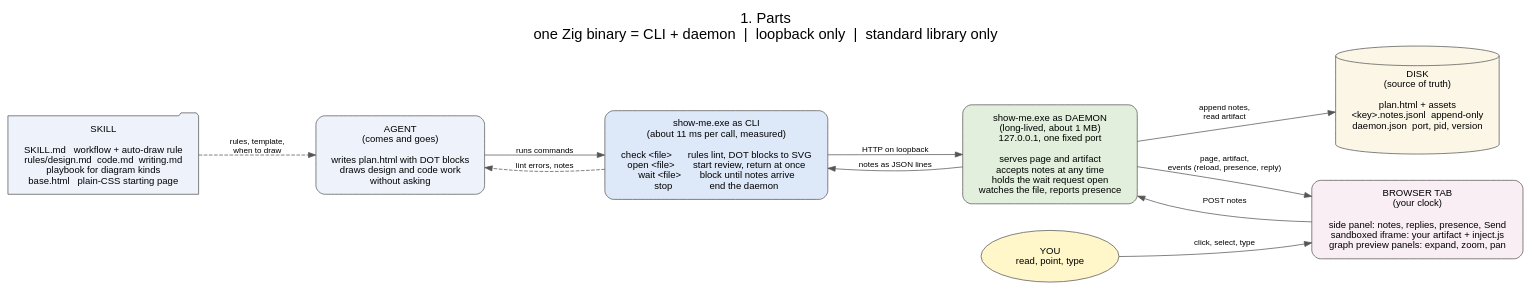
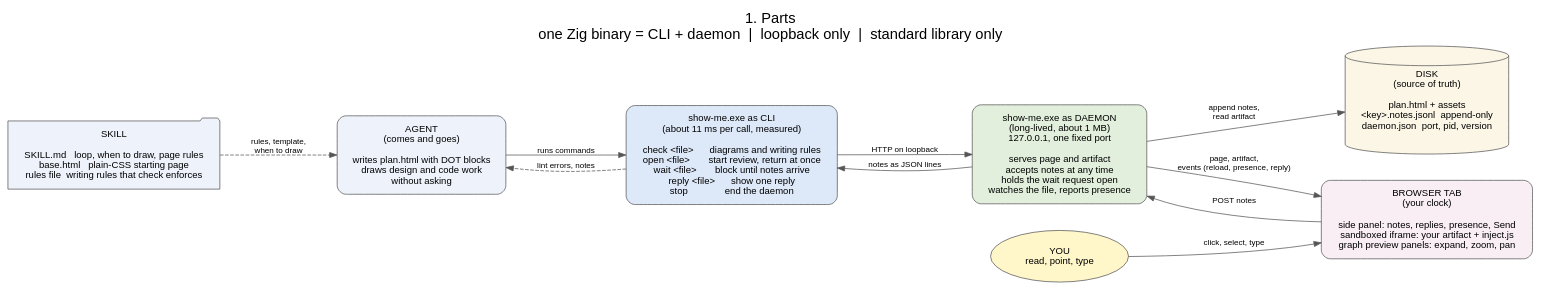
Before and after one commit to SmitMachhi/show-me: the diagram in design/1-parts.dot, drawn with Graphviz. The commit also changed 2 other files, not shown here.

Commit message:
update design diagrams

```diff
--- a/design/1-parts.dot
+++ b/design/1-parts.dot
@@ -1,26 +1,26 @@
 // show-me: the parts and what crosses between them
 digraph parts {
   rankdir=LR; nodesep=0.5; ranksep=1.2;
   fontname="Arial"; fontsize=20; labelloc=t;
   label="1. Parts\none Zig binary = CLI + daemon  |  loopback only  |  standard library only";
   node [shape=box, style="rounded,filled", fontname="Arial", fontsize=13, margin="0.25,0.15", color="#555555"];
   edge [fontname="Arial", fontsize=11, color="#555555"];
 
-  skill  [fillcolor="#eef3fb", shape=folder, label="SKILL\n\nSKILL.md   workflow + auto-draw rule\nrules/design.md  code.md  writing.md\nplaybook for diagram kinds\nbase.html   plain-CSS starting page"];
+  skill  [fillcolor="#eef3fb", shape=folder, label="SKILL\n\nSKILL.md   loop, when to draw, page rules\nbase.html   plain-CSS starting page\nrules file  writing rules that check enforces"];
   agent  [fillcolor="#eef3fb", label="AGENT\n(comes and goes)\n\nwrites plan.html with DOT blocks\ndraws design and code work\nwithout asking"];
-  cli    [fillcolor="#dde8f8", label="show-me.exe as CLI\n(about 11 ms per call, measured)\n\ncheck <file>      rules lint, DOT blocks to SVG\nopen <file>       start review, return at once\nwait <file>       block until notes arrive\nstop              end the daemon"];
+  cli    [fillcolor="#dde8f8", label="show-me.exe as CLI\n(about 11 ms per call, measured)\n\ncheck <file>      diagrams and writing rules\nopen <file>       start review, return at once\nwait <file>       block until notes arrive\nreply <file>      show one reply\nstop              end the daemon"];
   daemon [fillcolor="#e2efdc", label="show-me.exe as DAEMON\n(long-lived, about 1 MB)\n127.0.0.1, one fixed port\n\nserves page and artifact\naccepts notes at any time\nholds the wait request open\nwatches the file, reports presence"];
   browser[fillcolor="#f8eef3", label="BROWSER TAB\n(your clock)\n\nside panel: notes, replies, presence, Send\nsandboxed iframe: your artifact + inject.js\ngraph preview panels: expand, zoom, pan"];
   disk   [fillcolor="#fbf6e6", shape=cylinder, label="DISK\n(source of truth)\n\nplan.html + assets\n<key>.notes.jsonl  append-only\ndaemon.json  port, pid, version"];
   you    [fillcolor="#fff6c9", shape=oval, label="YOU\nread, point, type"];
 
   skill -> agent   [label="rules, template,\nwhen to draw", style=dashed];
   agent -> cli     [label="runs commands"];
   cli -> daemon    [label="HTTP on loopback"];
   daemon -> cli    [label="notes as JSON lines"];
   cli -> agent     [label="lint errors, notes", constraint=false, style=dashed];
   daemon -> browser[label="page, artifact,\nevents (reload, presence, reply)"];
   browser -> daemon[label="POST notes"];
   you -> browser   [label="click, select, type"];
   daemon -> disk   [label="append notes,\nread artifact"];
 }
```
